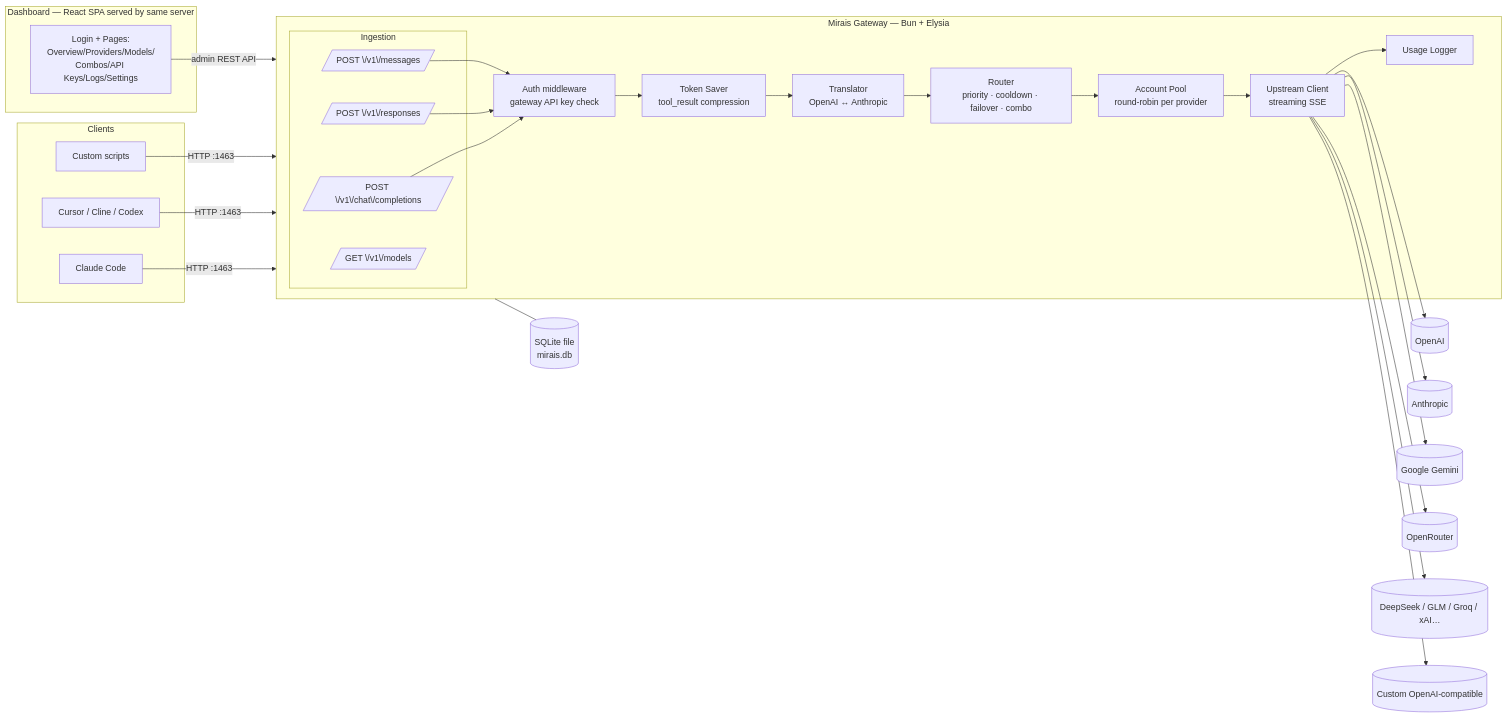
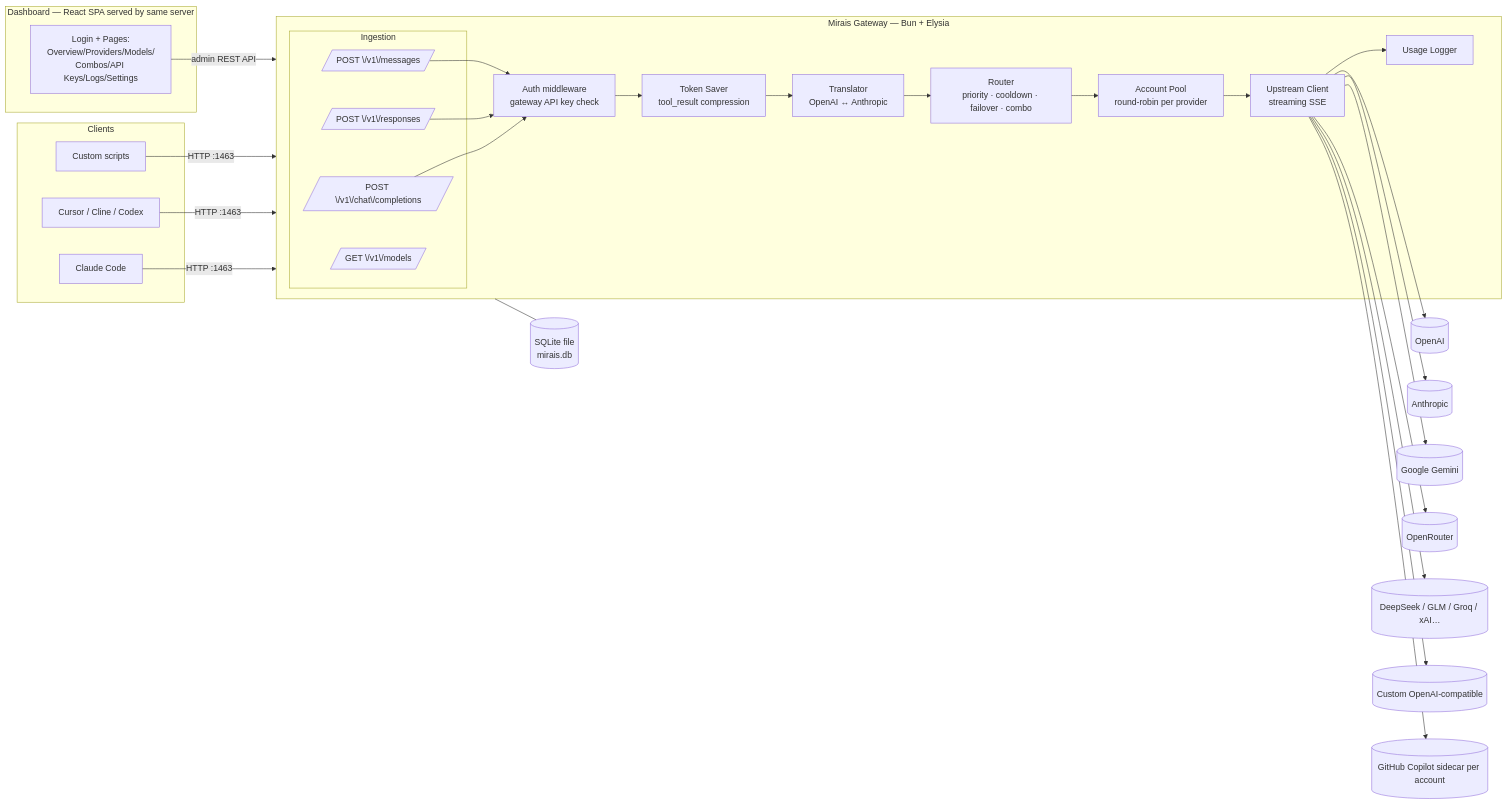
The first of 2 diagrams in docs/01-architecture.md (levanza1358/mirais), drawn with Mermaid before and after one commit. The commit also changed other lines of this file and 32 other files, not shown here.

Commit message:
feat: add GitHub Copilot account support

````diff
--- a/docs/01-architecture.md
+++ b/docs/01-architecture.md
@@ -5,44 +5,45 @@
 ```mermaid
 flowchart LR
     subgraph Clients
         A[Claude Code] 
         B[Cursor / Cline / Codex]
         C[Custom scripts]
     end
 
     A & B & C -->|HTTP :1463| GW
 
     subgraph GW[Mirais Gateway — Bun + Elysia]
         subgraph Ingestion
             R1[/POST \/v1\/chat\/completions/]
             R2[/POST \/v1\/responses/]
             R3[/POST \/v1\/messages/]
             R4[/GET \/v1\/models/]
         end
 
         AUTH[Auth middleware<br/>gateway API key check]
         TS[Token Saver<br/>tool_result compression]
         TR[Translator<br/>OpenAI ↔ Anthropic]
         RT[Router<br/>priority · cooldown · failover · combo]
         ACC[Account Pool<br/>round-robin per provider]
         UP[Upstream Client<br/>streaming SSE]
         LOG[Usage Logger]
 
         R1 & R2 & R3 --> AUTH --> TS --> TR --> RT --> ACC --> UP
         UP --> LOG
     end
 
     UP --> P1[(OpenAI)]
     UP --> P2[(Anthropic)]
     UP --> P3[(Google Gemini)]
     UP --> P4[(OpenRouter)]
     UP --> P5[(DeepSeek / GLM / Groq / xAI…)]
     UP --> P6[(Custom OpenAI-compatible)]
+    UP --> P7[(GitHub Copilot sidecar per account)]
 
     subgraph Admin[Dashboard — React SPA served by same server]
         UI[Login + Pages:<br/>Overview/Providers/Models/<br/>Combos/API Keys/Logs/Settings]
     end
 
     UI -->|admin REST API| GW
     GW --- DB[(SQLite file<br/>mirais.db)]
 ```
````
